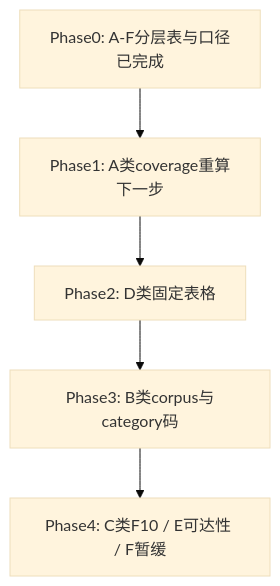
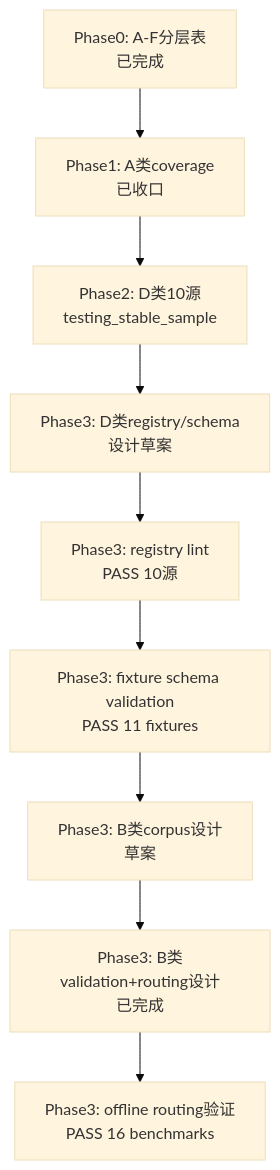
Before and after one commit to reagan-nz/listed-company-data-platform: the diagram in CURRENT_STATUS.md, drawn with Mermaid (base theme). The commit also changed other lines of this file and 3 other files, not shown here.

````diff
--- a/CURRENT_STATUS.md
+++ b/CURRENT_STATUS.md
@@ -28,7 +109,11 @@
 ```mermaid
 flowchart TD
-    P0[Phase0: A-F分层表与口径<br/>已完成] --> P1[Phase1: A类coverage重算<br/>下一步]
-    P1 --> P2[Phase2: D类固定表格]
-    P2 --> P3[Phase3: B类corpus与category码]
-    P3 --> P4[Phase4: C类F10 / E可达性 / F暂缓]
+    P0[Phase0: A-F分层表<br/>已完成] --> P1[Phase1: A类coverage<br/>已收口]
+    P1 --> P2[Phase2: D类10源<br/>testing_stable_sample]
+    P2 --> P3d[Phase3: D类registry/schema<br/>设计草案]
+    P3d --> P3lint[Phase3: registry lint<br/>PASS 10源]
+    P3lint --> P3val[Phase3: fixture schema validation<br/>PASS 11 fixtures]
+    P3val --> P3b[Phase3: B类corpus设计<br/>草案]
+    P3b --> P3bval[Phase3: B类validation+routing设计<br/>已完成]
+    P3bval --> P3broute[Phase3: offline routing验证<br/>PASS 16 benchmarks]
 ```
````
